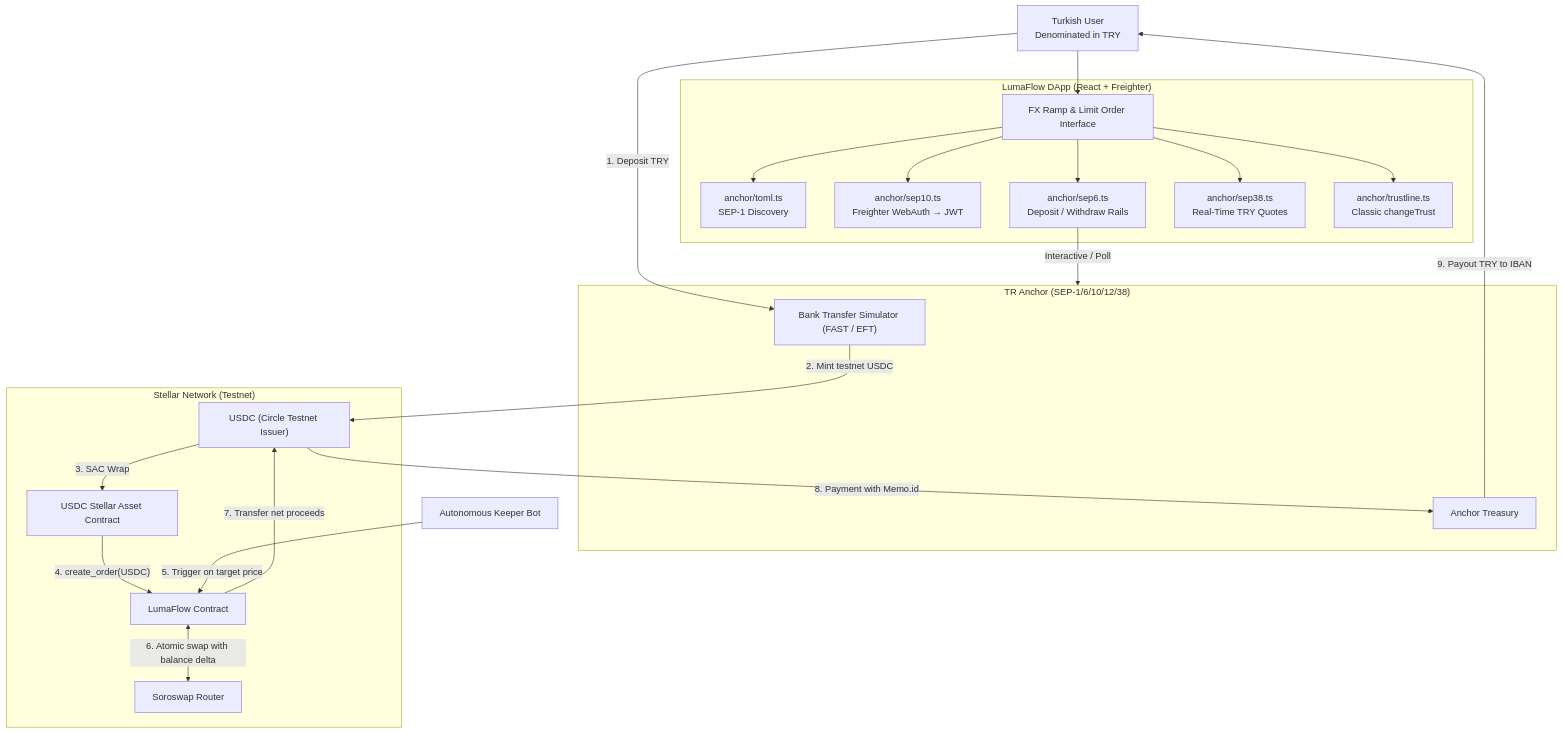
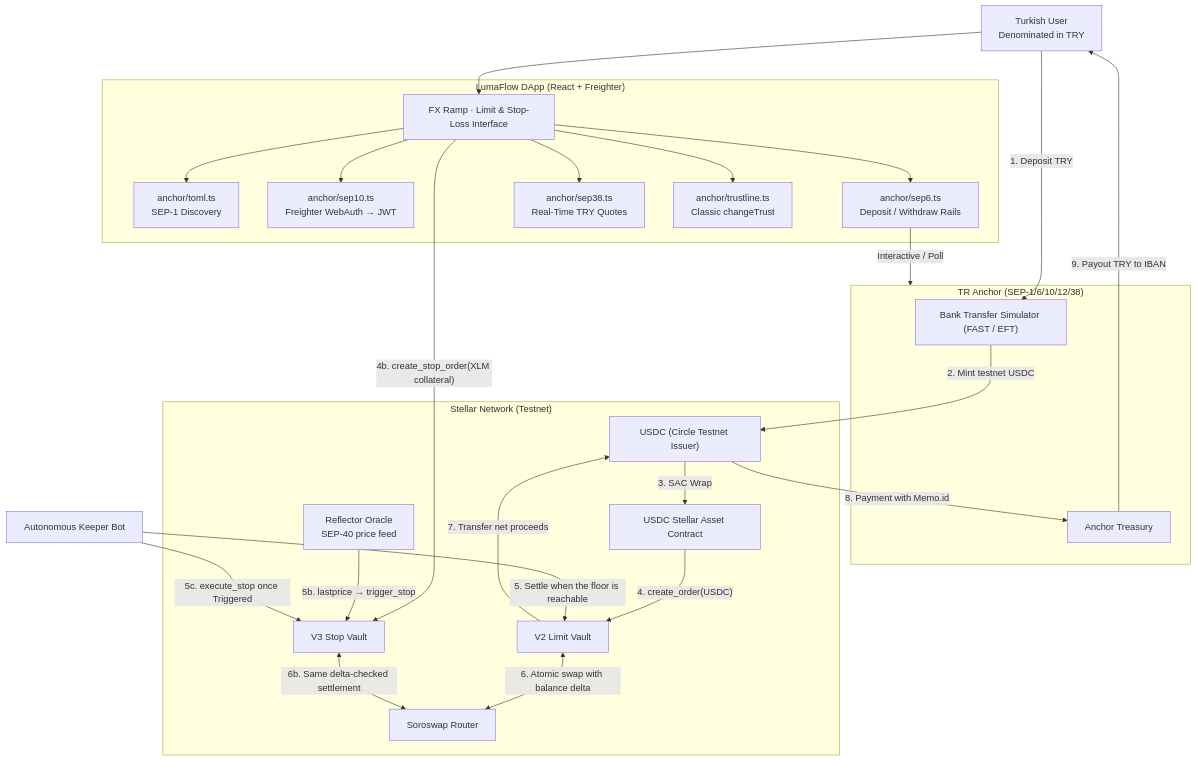
One commit to Nghtphl/lumaflow changed the diagram in README.md. Above: the diagram before and after it, drawn with Mermaid. The commit also changed other lines of this file, not shown here.

````diff
--- a/README.md
+++ b/README.md
@@ -189,40 +319,46 @@
 ```mermaid
 flowchart TD
     U["Turkish User<br/>Denominated in TRY"]
 
     subgraph FE["LumaFlow DApp (React + Freighter)"]
         A1["anchor/toml.ts<br/>SEP-1 Discovery"]
         A2["anchor/sep10.ts<br/>Freighter WebAuth → JWT"]
         A3["anchor/sep6.ts<br/>Deposit / Withdraw Rails"]
         A4["anchor/sep38.ts<br/>Real-Time TRY Quotes"]
         A5["anchor/trustline.ts<br/>Classic changeTrust"]
-        UI["FX Ramp & Limit Order Interface"]
+        UI["FX Ramp · Limit & Stop-Loss Interface"]
     end
 
     subgraph AN["TR Anchor (SEP-1/6/10/12/38)"]
         BANK["Bank Transfer Simulator (FAST / EFT)"]
         TRZ["Anchor Treasury"]
     end
 
     subgraph SN["Stellar Network (Testnet)"]
         USDC["USDC (Circle Testnet Issuer)"]
         SAC["USDC Stellar Asset Contract"]
-        V["LumaFlow Contract"]
+        V["V2 Limit Vault"]
+        V3["V3 Stop Vault"]
+        ORC["Reflector Oracle<br/>SEP-40 price feed"]
         DEX["Soroswap Router"]
     end
 
     K["Autonomous Keeper Bot"]
 
     U -->|"1. Deposit TRY"| BANK
     BANK -->|"2. Mint testnet USDC"| USDC
     U --> UI
     UI --> A1 & A2 & A3 & A4 & A5
     A3 -->|"Interactive / Poll"| AN
     USDC -->|"3. SAC Wrap"| SAC
     SAC -->|"4. create_order(USDC)"| V
-    K -->|"5. Trigger on target price"| V
+    UI -->|"4b. create_stop_order(XLM collateral)"| V3
+    K -->|"5. Settle when the floor is reachable"| V
+    ORC -->|"5b. lastprice → trigger_stop"| V3
+    K -->|"5c. execute_stop once Triggered"| V3
     V <-->|"6. Atomic swap with balance delta"| DEX
+    V3 <-->|"6b. Same delta-checked settlement"| DEX
     V -->|"7. Transfer net proceeds"| USDC
     USDC -->|"8. Payment with Memo.id"| TRZ
     TRZ -->|"9. Payout TRY to IBAN"| U
 ```
````
